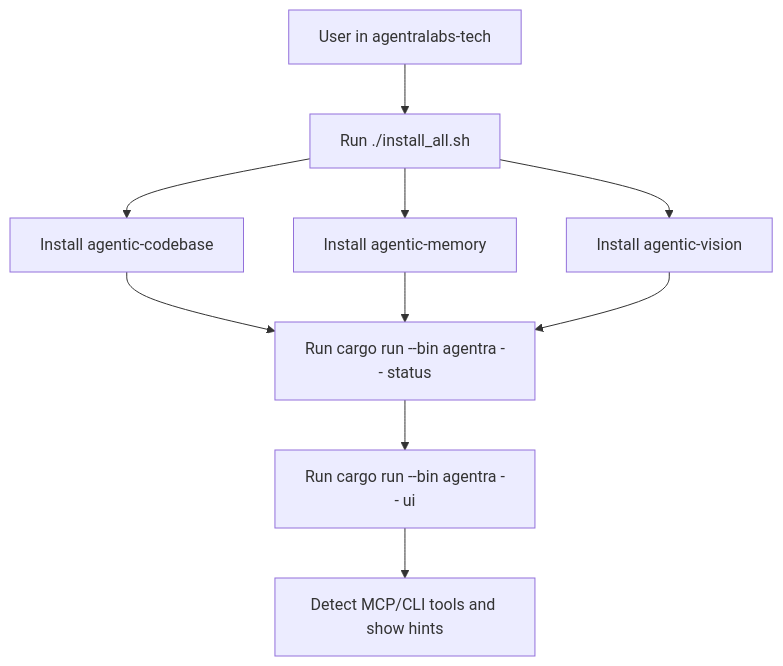
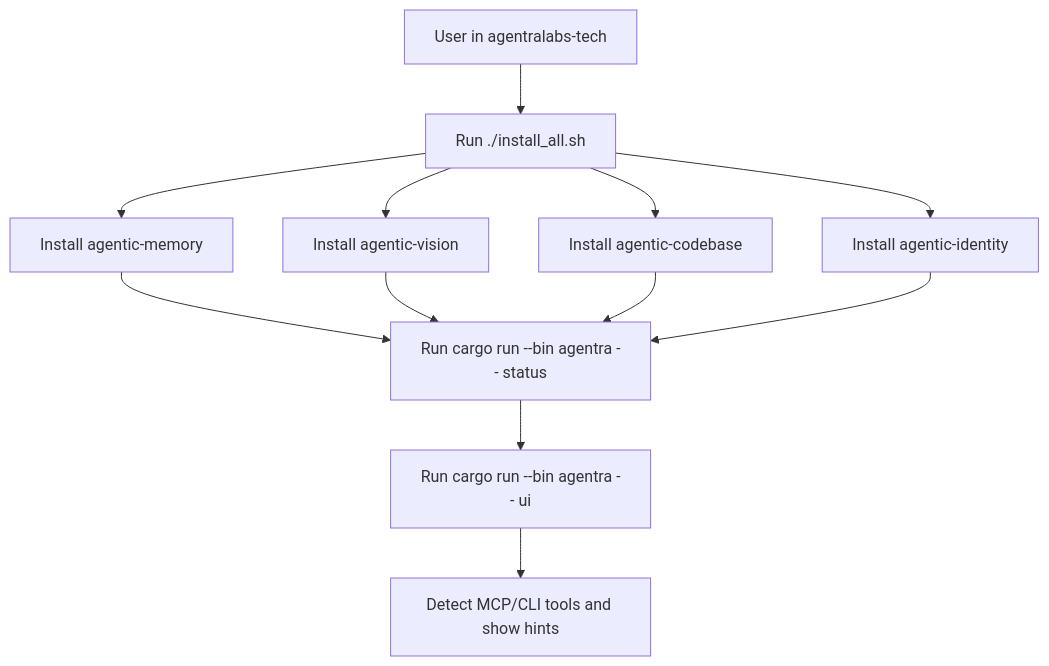
One commit to agentralabs/agentralabs-tech changed the diagram in README.md. Above: the diagram before and after it, drawn with Mermaid. The commit also changed other lines of this file and 1 other file, not shown here.

Commit message:
enforce: add npm, workspace README, and nav-contract cross-validation guardrails
- Update workspace README with Identity (4 sisters, mermaid flow, layout)
- Add sections 0, 17-19 to consistency check: nav-contract cross-validation,
  workspace README sister mentions, README npm rows, installation doc npm sections

````diff
--- a/README.md
+++ b/README.md
@@ -20,12 +21,14 @@
 ```mermaid
 flowchart TD
     A["User in agentralabs-tech"] --> B["Run ./install_all.sh"]
-    B --> C["Install agentic-codebase"]
-    B --> D["Install agentic-memory"]
-    B --> E["Install agentic-vision"]
+    B --> C["Install agentic-memory"]
+    B --> D["Install agentic-vision"]
+    B --> E["Install agentic-codebase"]
+    B --> F2["Install agentic-identity"]
     C --> F["Run cargo run --bin agentra -- status"]
     D --> F
     E --> F
+    F2 --> F
     F --> G["Run cargo run --bin agentra -- ui"]
     G --> H["Detect MCP/CLI tools and show hints"]
 ```
````
